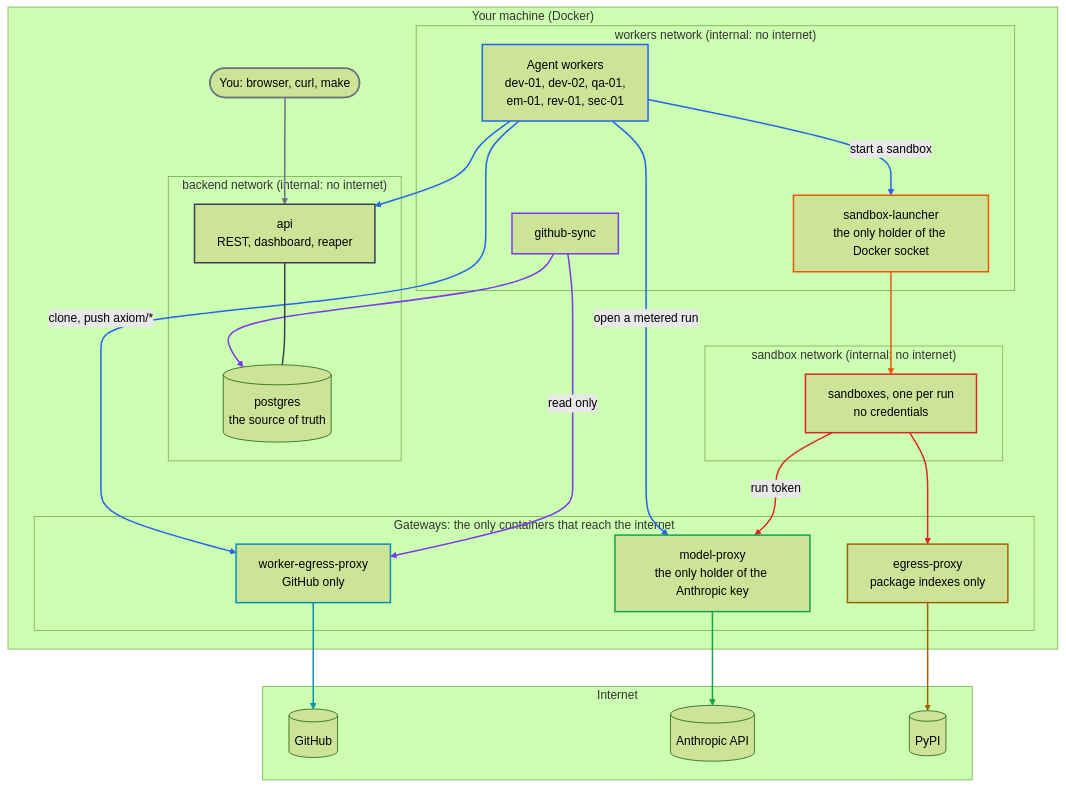
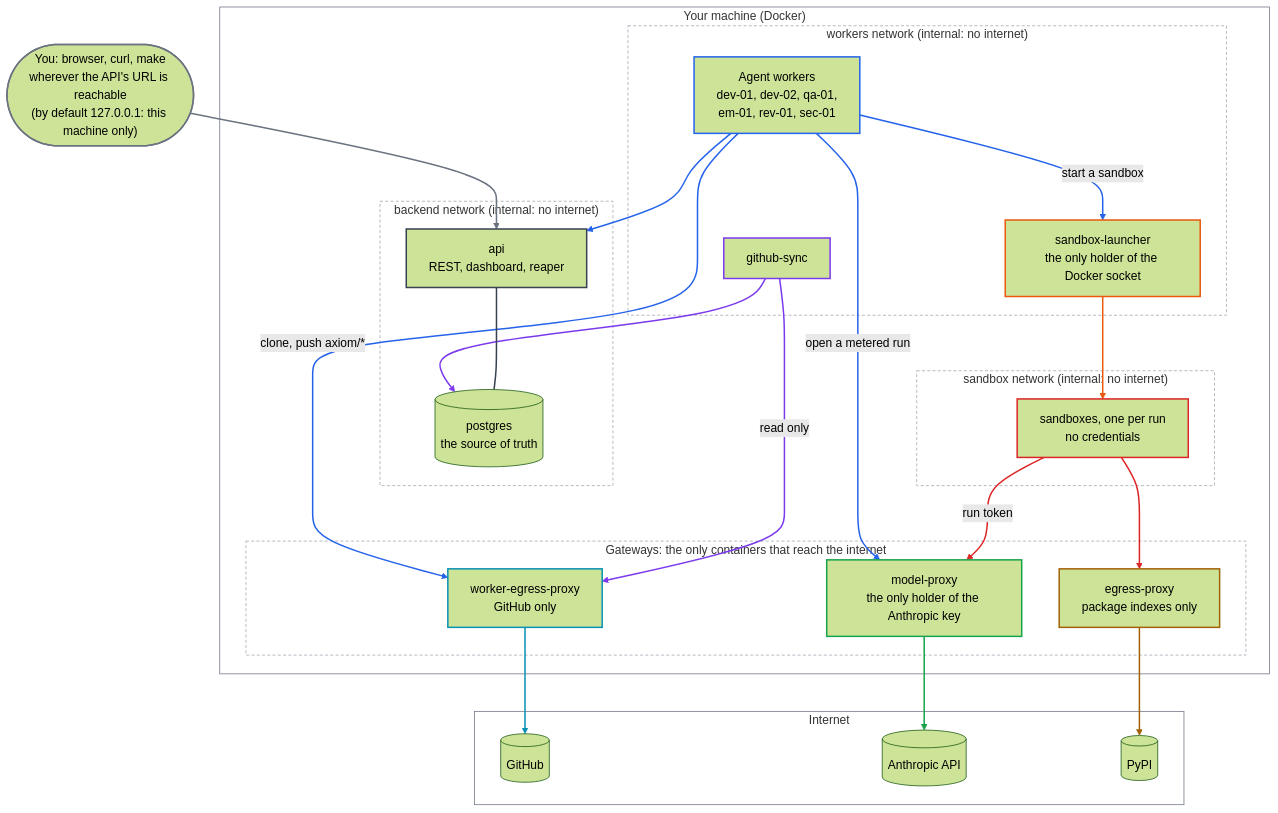
Before and after one commit to bharathcmbox/axiom: the diagram in docs/admin-guide.md, drawn with Mermaid (forest theme). The commit also changed other lines of this file, not shown here.

Commit message:
Admin guide diagram: no subgraph fill; you outside the machine, reaching it by URL

````diff
--- a/docs/admin-guide.md
+++ b/docs/admin-guide.md
@@ -11,71 +11,77 @@
 ```mermaid
 flowchart TB
+    you(["You: browser, curl, make<br/>wherever the API's URL is reachable<br/>(by default 127.0.0.1: this machine only)"])
     subgraph host["Your machine (Docker)"]
-        you(["You: browser, curl, make"])
         subgraph backend["backend network (internal: no internet)"]
             api["api<br/>REST, dashboard, reaper"]
             db[("postgres<br/>the source of truth")]
         end
         subgraph workers["workers network (internal: no internet)"]
             w["Agent workers<br/>dev-01, dev-02, qa-01,<br/>em-01, rev-01, sec-01"]
             sync["github-sync"]
             la["sandbox-launcher<br/>the only holder of the Docker socket"]
         end
         subgraph sandbox["sandbox network (internal: no internet)"]
             sb["sandboxes, one per run<br/>no credentials"]
         end
         subgraph gateways["Gateways: the only containers that reach the internet"]
             mp["model-proxy<br/>the only holder of the Anthropic key"]
             wp["worker-egress-proxy<br/>GitHub only"]
             sp["egress-proxy<br/>package indexes only"]
         end
     end
     subgraph internet["Internet"]
         gh[(GitHub)]
         an[(Anthropic API)]
         pypi[(PyPI)]
     end
 
     you --> api
     w --> api
     w -->|"start a sandbox"| la
     w -->|"open a metered run"| mp
     w -->|"clone, push axiom/*"| wp
     sync --> db
     sync -->|"read only"| wp
     api --- db
     la --> sb
     sb -->|"run token"| mp
     sb --> sp
     mp --> an
     wp --> gh
     sp --> pypi
 
     classDef you stroke:#6b7280,stroke-width:2px
     classDef worker stroke:#2563eb,stroke-width:2px
     classDef sync stroke:#7c3aed,stroke-width:2px
     classDef api stroke:#374151,stroke-width:2px
     classDef launcher stroke:#ea580c,stroke-width:2px
     classDef sandbox stroke:#dc2626,stroke-width:2px
     classDef model stroke:#16a34a,stroke-width:2px
     classDef wproxy stroke:#0891b2,stroke-width:2px
     classDef sproxy stroke:#a16207,stroke-width:2px
     class you you
     class w worker
     class sync sync
     class api api
     class la launcher
     class sb sandbox
     class mp model
     class wp wproxy
     class sp sproxy
+    style host fill:#ffffff,stroke:#6b7280
+    style backend fill:#ffffff,stroke:#9ca3af,stroke-dasharray:4 3
+    style workers fill:#ffffff,stroke:#9ca3af,stroke-dasharray:4 3
+    style sandbox fill:#ffffff,stroke:#9ca3af,stroke-dasharray:4 3
+    style gateways fill:#ffffff,stroke:#9ca3af,stroke-dasharray:4 3
+    style internet fill:#ffffff,stroke:#6b7280
     linkStyle 0 stroke:#6b7280,stroke-width:2px
     linkStyle 1,2,3,4 stroke:#2563eb,stroke-width:2px
     linkStyle 5,6 stroke:#7c3aed,stroke-width:2px
     linkStyle 7 stroke:#374151,stroke-width:2px
     linkStyle 8 stroke:#ea580c,stroke-width:2px
     linkStyle 9,10 stroke:#dc2626,stroke-width:2px
     linkStyle 11 stroke:#16a34a,stroke-width:2px
     linkStyle 12 stroke:#0891b2,stroke-width:2px
     linkStyle 13 stroke:#a16207,stroke-width:2px
 ```
````
